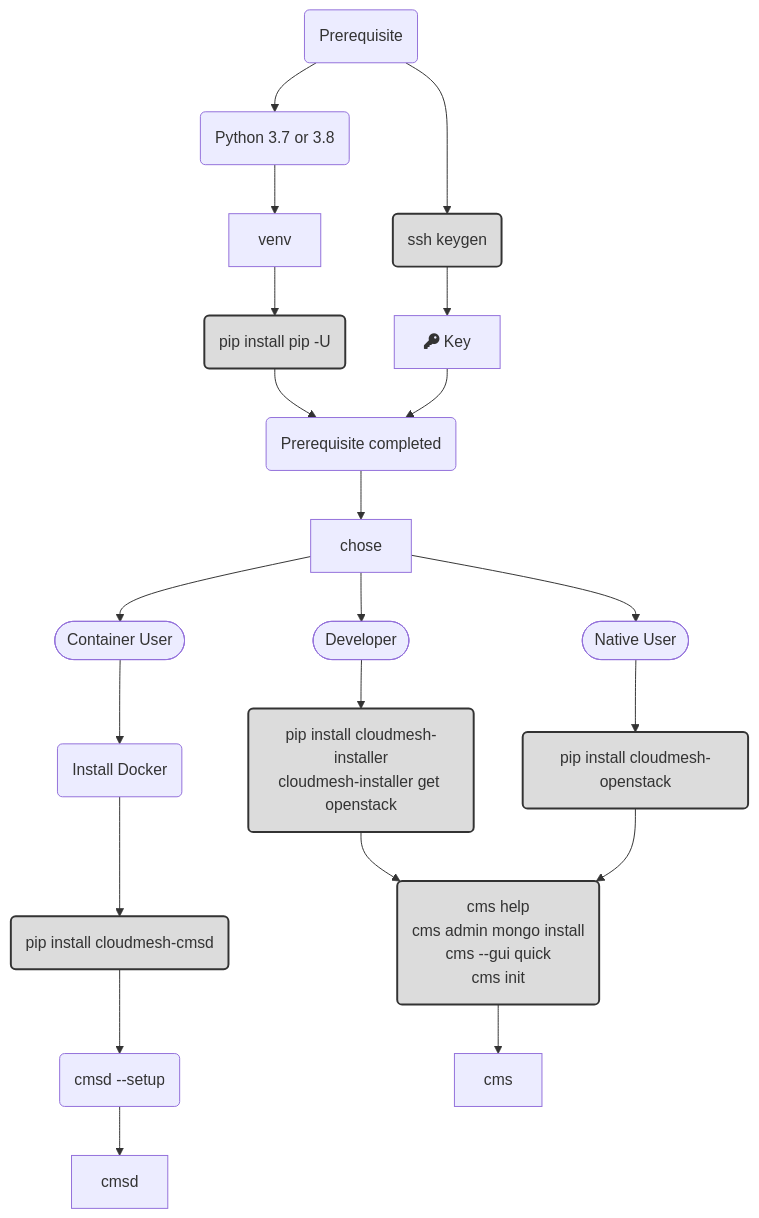
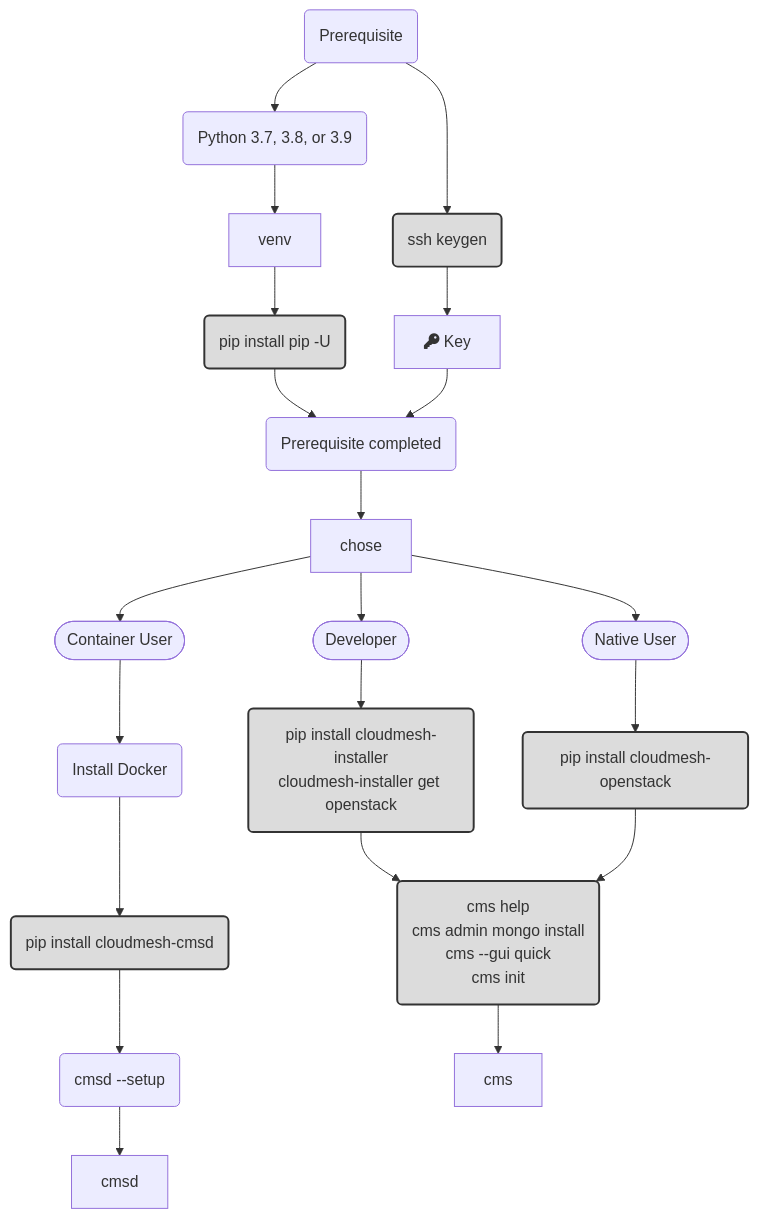
The diagram in docs-source/source/installation/os/install-linux.rst (cloudmesh/cloudmesh-manual), drawn with Mermaid before and after one commit. The commit also changed other lines of this file and 17 other files, not shown here.

```diff
--- a/docs-source/source/installation/os/install-linux.rst
+++ b/docs-source/source/installation/os/install-linux.rst
@@ -83,37 +64,37 @@
 .. mermaid::
 
    graph TD
 
 
-      A(Prerequisite) --> python(Python 3.7 or 3.8)
+      A(Prerequisite) --> python(Python 3.7, 3.8, or 3.9)
       python --> venv
       venv --> pip(pip install pip -U)
       pip --> install(Prerequisite completed)
       key --> install
       A --> keygen(ssh keygen)
       keygen -->key[fa:fa-key Key]
       install --> chose
 
       chose-->cuser([Container User])
       chose-->nuser([Native User])
       chose-->duser([Developer])
 
       duser-->dev(pip install cloudmesh-installer<br/>cloudmesh-installer get openstack)
       nuser-->user(pip install cloudmesh-openstack)
       cuser--> idocker(Install Docker)
       idocker--> container(pip install cloudmesh-cmsd)
 
       setup(cms help<br/>cms admin mongo install<br/>cms --gui quick<br/>cms init)
       dev-->setup
       user-->setup
       container-->setupd(cmsd --setup)
 
       setup-->cms
       setupd-->cmsd
 
       style keygen fill:gainsboro,stroke:#333,stroke-width:2px
       style dev fill:gainsboro,stroke:#333,stroke-width:2px
       style user fill:gainsboro,stroke:#333,stroke-width:2px
       style container fill:gainsboro,stroke:#333,stroke-width:2px
       style setup fill:gainsboro,stroke:#333,stroke-width:2px
       style pip fill:gainsboro,stroke:#333,stroke-width:2px
```
